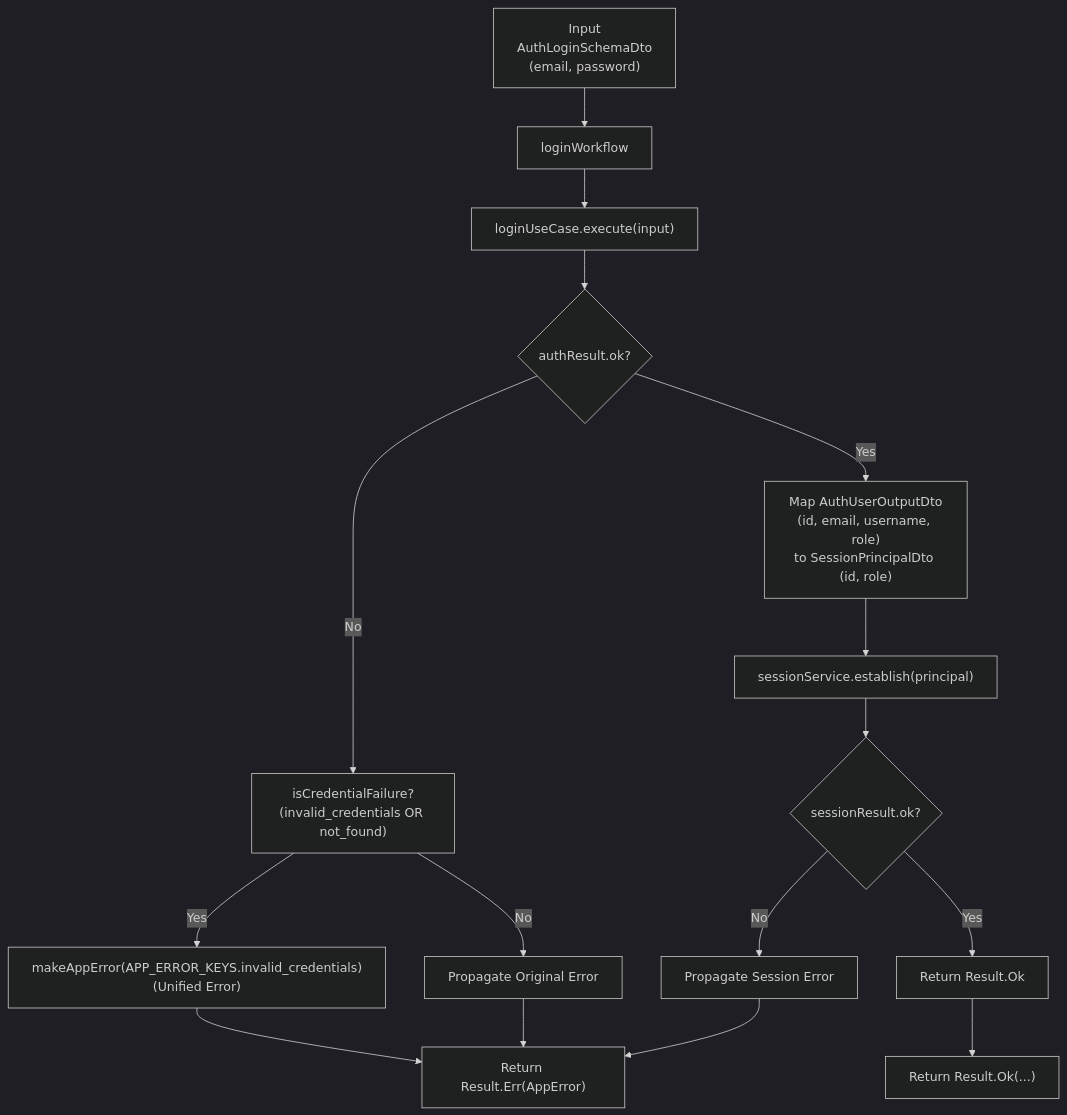
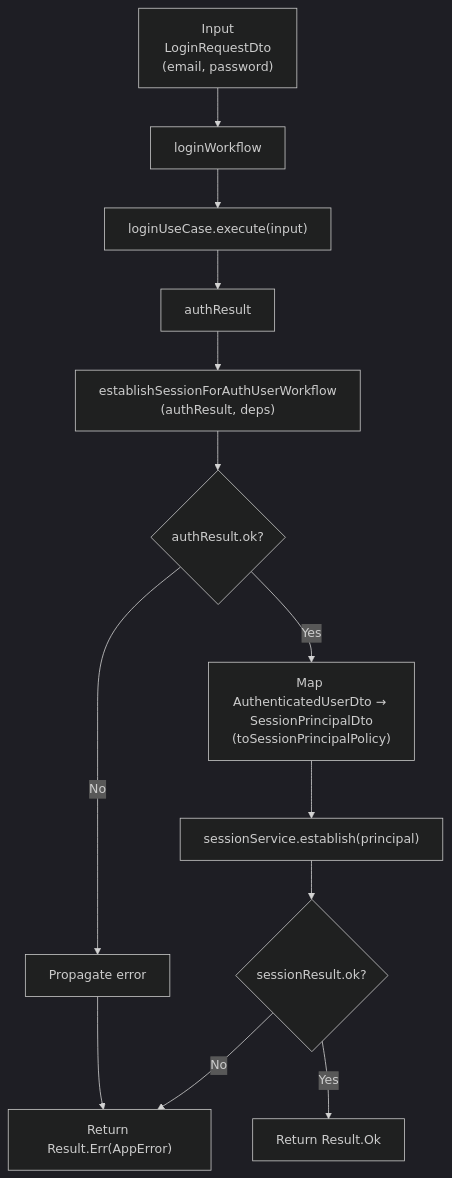
One commit to andrewpetersondev/nextjs-dashboard changed the second of 6 diagrams in src/modules/auth/notes/flowcharts.md. Above: the diagram before and after it, drawn with Mermaid (dark theme). The commit also changed other lines of this file and 1 other file, not shown here.

Commit message:
docs: update flowcharts and sequence diagrams for login workflow and session establishment, enhancing clarity and anti-enumeration logic

````diff
--- a/src/modules/auth/notes/flowcharts.md
+++ b/src/modules/auth/notes/flowcharts.md
@@ -54,34 +54,28 @@
 ```mermaid
 flowchart TD
 %% Inputs
-  A["Input<br/>AuthLoginSchemaDto<br/>(email, password)"] --> B[loginWorkflow]
+  A["Input<br/>LoginRequestDto<br/>(email, password)"] --> B[loginWorkflow]
 
 %% Use Case Call
   B --> C["loginUseCase.execute(input)"]
 
-%% Auth Result Decision
-  C --> D{authResult.ok?}
+%% Auth Result
+  C --> D["authResult"]
 
-%% Error Handling Branch
-  D -->|No| E["isCredentialFailure?<br/>(invalid_credentials OR not_found)"]
+%% Sub-workflow delegation
+  D --> E["establishSessionForAuthUserWorkflow<br/>(authResult, deps)"]
 
-%% Anti-Enumeration mapping
-  E -->|Yes| F["makeAppError(APP_ERROR_KEYS.invalid_credentials)<br/>(Unified Error)"]
-  E -->|No| G["Propagate Original Error"]
+%% Sub-workflow execution
+  E --> F{authResult.ok?}
 
-F --> Z["Return Result.Err(AppError)"]
-G --> Z
+  F -->|No| G["Propagate error"]
+  F -->|Yes| H["Map AuthenticatedUserDto → SessionPrincipalDto<br/>(toSessionPrincipalPolicy)"]
 
-%% Success Branch
-D -->|Yes| H["Map AuthUserOutputDto<br/>(id, email, username, role)<br/>to SessionPrincipalDto (id, role)"]
-H --> I["sessionService.establish(principal)"]
+  H --> I["sessionService.establish(principal)"]
 
-%% Session Result Decision
-I --> J{sessionResult.ok?}
-
-J -->|No| K["Propagate Session Error"]
-J -->|Yes| L["Return Result.Ok<SessionPrincipalDto (id, role)>"]
-
-K --> Z
-L --> Z1["Return Result.Ok(...)"]
+%% Results
+  G --> Z["Return Result.Err(AppError)"]
+  I --> J{sessionResult.ok?}
+  J -->|No| Z
+  J -->|Yes| Z1["Return Result.Ok<SessionPrincipalDto (id, role)>"]
 ```
````
